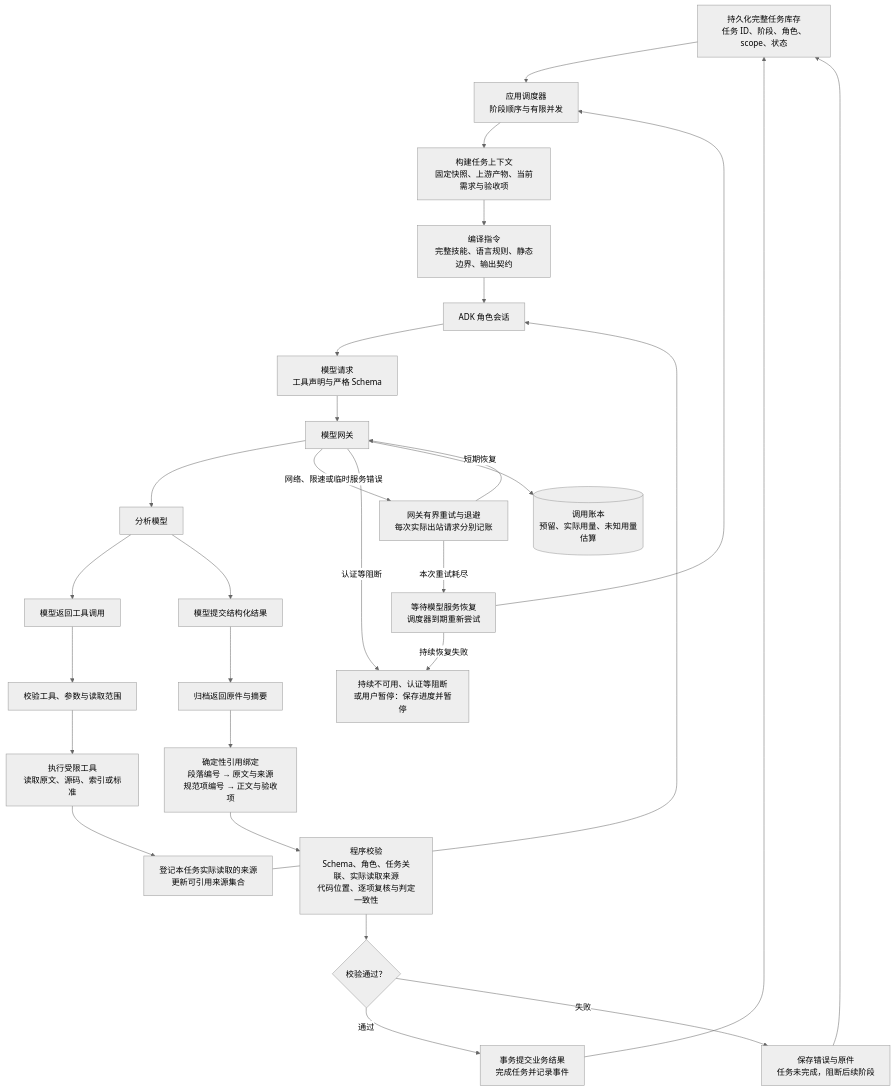
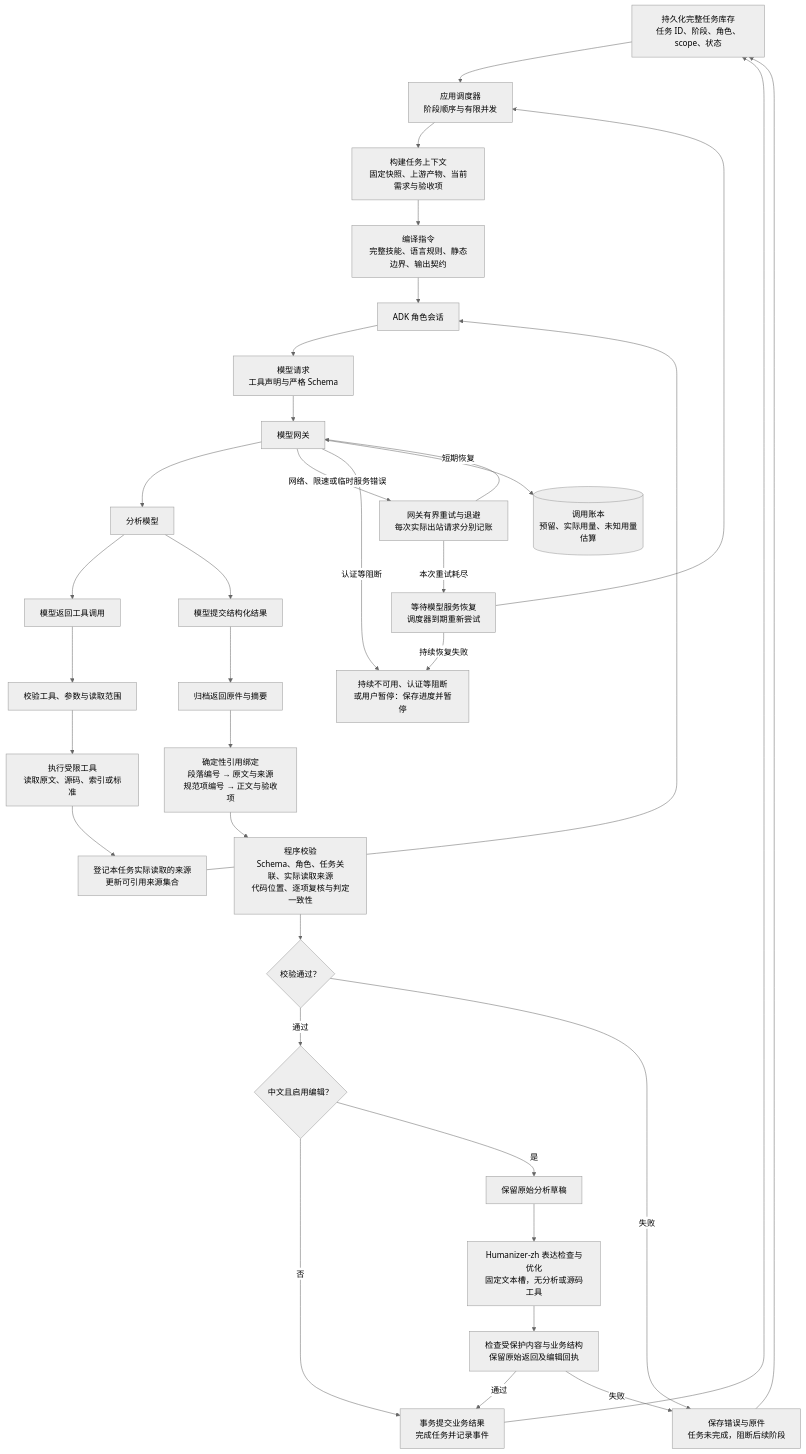
One commit to devB2433/PAthena changed the fifth of 7 diagrams in README.md. Above: the diagram before and after it, drawn with Mermaid (neutral theme). The commit also changed other lines of this file and 56 other files, not shown here.

Commit message:
Generate Chinese analysis with canonical localized skills and guarded Humanizer editing

````diff
--- a/README.md
+++ b/README.md
@@ -311,54 +311,64 @@
 ```mermaid
 flowchart TB
     TASKS["持久化完整任务库存<br/>任务 ID、阶段、角色、scope、状态"]
     SCHED["应用调度器<br/>阶段顺序与有限并发"]
     CONTEXT["构建任务上下文<br/>固定快照、上游产物、当前需求与验收项"]
     PROMPT["编译指令<br/>完整技能、语言规则、静态边界、输出契约"]
     SESSION["ADK 角色会话"]
     REQUEST["模型请求<br/>工具声明与严格 Schema"]
     GATEWAY["模型网关"]
     MODEL["分析模型"]
     TOOLCALL["模型返回工具调用"]
     TOOLCHECK["校验工具、参数与读取范围"]
     READ["执行受限工具<br/>读取原文、源码、索引或标准"]
     READLOG["登记本任务实际读取的来源<br/>更新可引用来源集合"]
     SUBMIT["模型提交结构化结果"]
     ARCHIVE["归档返回原件与摘要"]
     REFERENCE["确定性引用绑定<br/>段落编号 → 原文与来源<br/>规范项编号 → 正文与验收项"]
     CHECK["程序校验<br/>Schema、角色、任务关联、实际读取来源<br/>代码位置、逐项复核与判定一致性"]
     VALID{"校验通过？"}
+    CHINESE{"中文且启用编辑？"}
+    DRAFT["保留原始分析草稿"]
+    EDIT["Humanizer-zh 表达检查与优化<br/>固定文本槽，无分析或源码工具"]
+    EDITCHECK["检查受保护内容与业务结构<br/>保留原始返回及编辑回执"]
     COMMIT["事务提交业务结果<br/>完成任务并记录事件"]
     FAIL["保存错误与原件<br/>任务未完成，阻断后续阶段"]
     RETRY["网关有界重试与退避<br/>每次实际出站请求分别记账"]
     WAIT["等待模型服务恢复<br/>调度器到期重新尝试"]
     PAUSE["持续不可用、认证等阻断<br/>或用户暂停：保存进度并暂停"]
     LEDGER[("调用账本<br/>预留、实际用量、未知用量估算")]
     TASKS --> SCHED
     SCHED --> CONTEXT
     CONTEXT --> PROMPT
     PROMPT --> SESSION
     SESSION --> REQUEST
     REQUEST --> GATEWAY
     GATEWAY --> MODEL
     MODEL --> TOOLCALL
     TOOLCALL --> TOOLCHECK
     TOOLCHECK --> READ
     READ --> READLOG
     READLOG --> SESSION
     MODEL --> SUBMIT
     SUBMIT --> ARCHIVE
     ARCHIVE --> REFERENCE
     REFERENCE --> CHECK
     CHECK --> VALID
-    VALID -->|"通过"| COMMIT
+    VALID -->|"通过"| CHINESE
+    CHINESE -->|"否"| COMMIT
+    CHINESE -->|"是"| DRAFT
+    DRAFT --> EDIT
+    EDIT --> EDITCHECK
+    EDITCHECK -->|"通过"| COMMIT
+    EDITCHECK -->|"失败"| FAIL
     COMMIT --> TASKS
     VALID -->|"失败"| FAIL
     FAIL --> TASKS
     GATEWAY -->|"网络、限速或临时服务错误"| RETRY
     RETRY -->|"短期恢复"| GATEWAY
     RETRY -->|"本次重试耗尽"| WAIT
     WAIT --> SCHED
     WAIT -->|"持续恢复失败"| PAUSE
     GATEWAY -->|"认证等阻断"| PAUSE
     GATEWAY --> LEDGER
 ```
````
